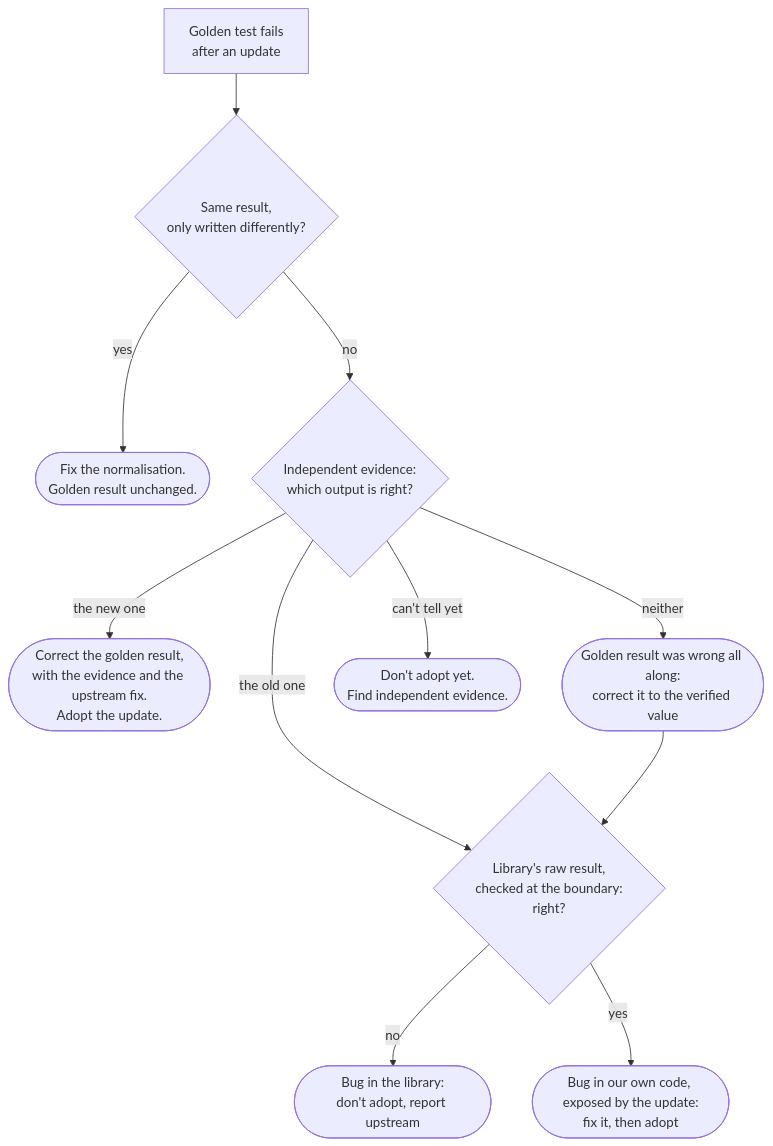
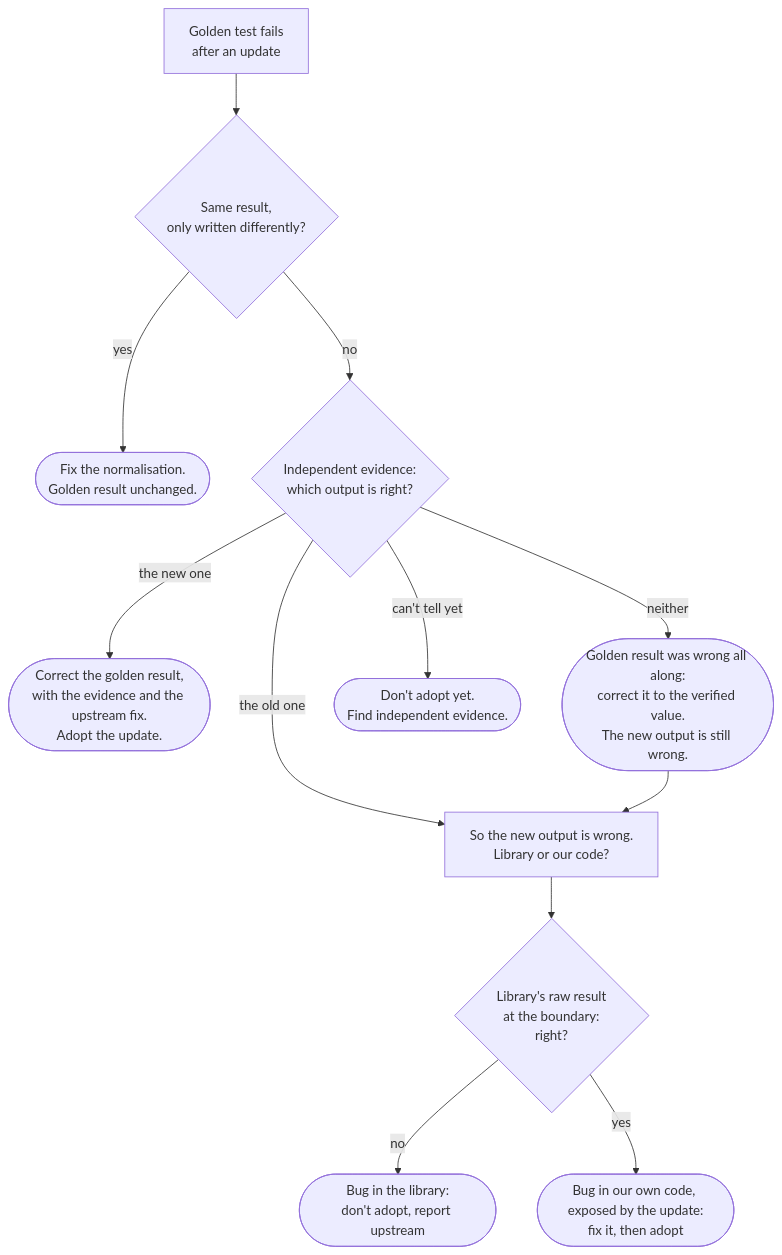
One commit to thomaswening/doubting-thomas changed the diagram in topics/testing/golden-results-and-dependency-updates.md. Above: the diagram before and after it, drawn with Mermaid. The commit also changed other lines of this file, not shown here.

Commit message:
docs(testing): define upstream and boundary, and say why the boundary check follows
- Define "upstream", "reporting upstream", "the upstream fix", "the
  boundary" and "raw result" before the decision.
- Flowchart: both "the old one is right" and "neither is right" lead
  to the same node, "so the new output is wrong: library or our code?",
  before the boundary check.

````diff
--- a/topics/testing/golden-results-and-dependency-updates.md
+++ b/topics/testing/golden-results-and-dependency-updates.md
@@ -70,13 +75,14 @@
 ```mermaid
 flowchart TD
     F["Golden test fails<br/>after an update"] --> N{"Same result,<br/>only written differently?"}
     N -- yes --> FN(["Fix the normalisation.<br/>Golden result unchanged."])
     N -- no --> E{"Independent evidence:<br/>which output is right?"}
     E -- "the new one" --> C(["Correct the golden result,<br/>with the evidence and the upstream fix.<br/>Adopt the update."])
-    E -- "the old one" --> B{"Library's raw result,<br/>checked at the boundary:<br/>right?"}
-    E -- "neither" --> W(["Golden result was wrong all along:<br/>correct it to the verified value"])
-    W --> B
+    E -- "the old one" --> X["So the new output is wrong.<br/>Library or our code?"]
+    E -- "neither" --> W(["Golden result was wrong all along:<br/>correct it to the verified value.<br/>The new output is still wrong."])
+    W --> X
+    X --> B{"Library's raw result<br/>at the boundary:<br/>right?"}
     E -- "can't tell yet" --> H(["Don't adopt yet.<br/>Find independent evidence."])
     B -- no --> R(["Bug in the library:<br/>don't adopt, report upstream"])
     B -- yes --> O(["Bug in our own code, exposed by the update:<br/>fix it, then adopt"])
 ```
````
